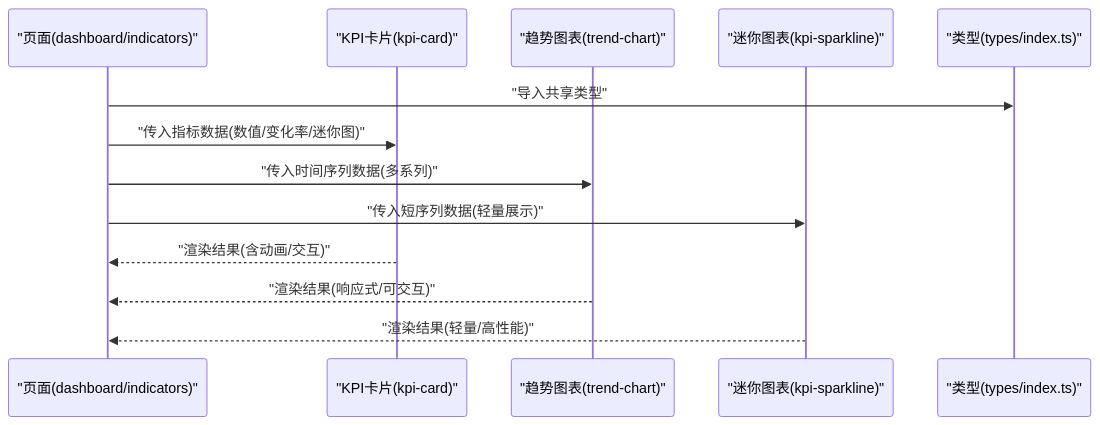
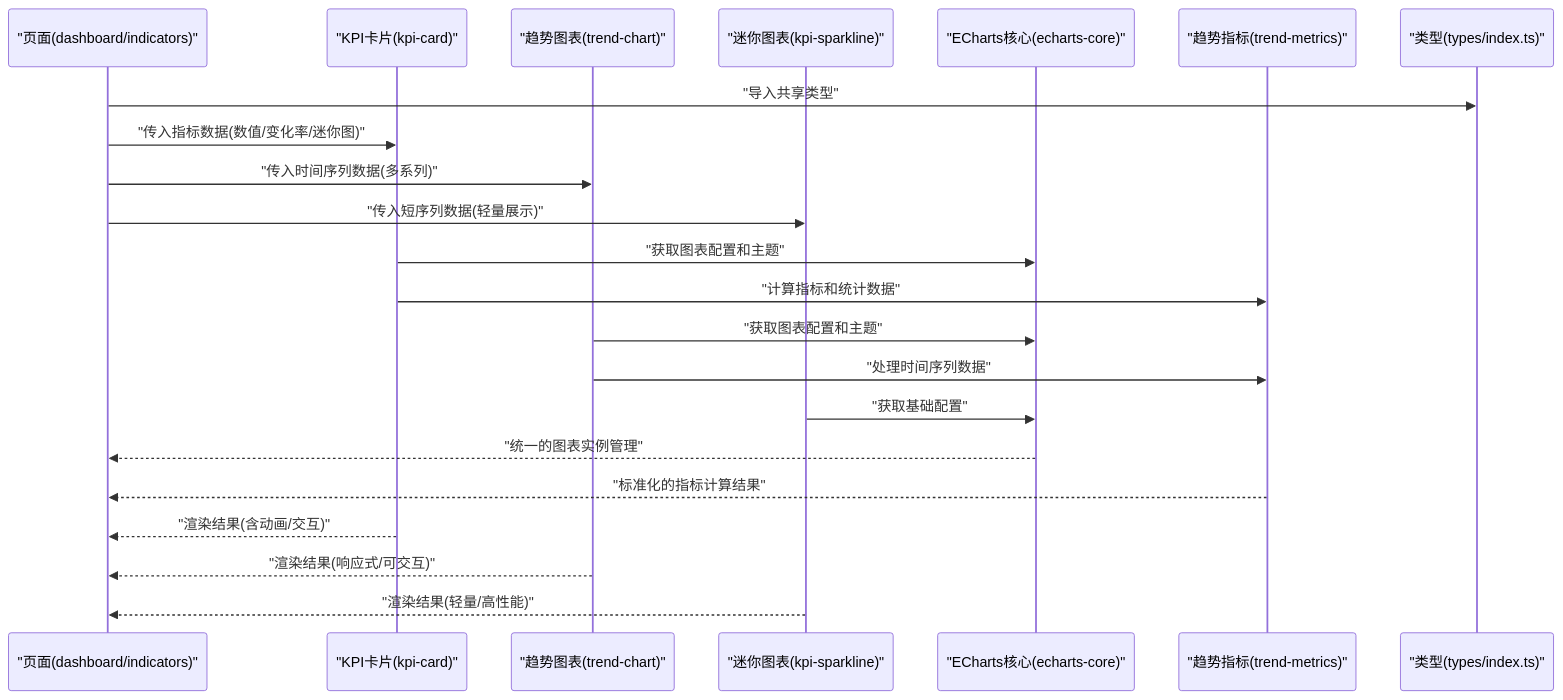
Before and after one commit to Damao997/newproject: the second of 9 diagrams in .qoder/repowiki/zh/content/架构设计/组件架构/业务组件/图表组件/图表组件.md, drawn with Mermaid. The commit also changed other lines of this file and 55 other files, not shown here.

````diff
--- a/.qoder/repowiki/zh/content/架构设计/组件架构/业务组件/图表组件/图表组件.md
+++ b/.qoder/repowiki/zh/content/架构设计/组件架构/业务组件/图表组件/图表组件.md
@@ -91,15 +118,24 @@
 ```mermaid
 sequenceDiagram
 participant Page as "页面(dashboard/indicators)"
 participant Card as "KPI卡片(kpi-card)"
 participant Trend as "趋势图表(trend-chart)"
 participant Spark as "迷你图表(kpi-sparkline)"
+participant Core as "ECharts核心(echarts-core)"
+participant Metrics as "趋势指标(trend-metrics)"
 participant Types as "类型(types/index.ts)"
 Page->>Types : "导入共享类型"
 Page->>Card : "传入指标数据(数值/变化率/迷你图)"
 Page->>Trend : "传入时间序列数据(多系列)"
 Page->>Spark : "传入短序列数据(轻量展示)"
+Card->>Core : "获取图表配置和主题"
+Card->>Metrics : "计算指标和统计数据"
+Trend->>Core : "获取图表配置和主题"
+Trend->>Metrics : "处理时间序列数据"
+Spark->>Core : "获取基础配置"
+Core-->>Page : "统一的图表实例管理"
+Metrics-->>Page : "标准化的指标计算结果"
 Card-->>Page : "渲染结果(含动画/交互)"
 Trend-->>Page : "渲染结果(响应式/可交互)"
 Spark-->>Page : "渲染结果(轻量/高性能)"
 ```
````
